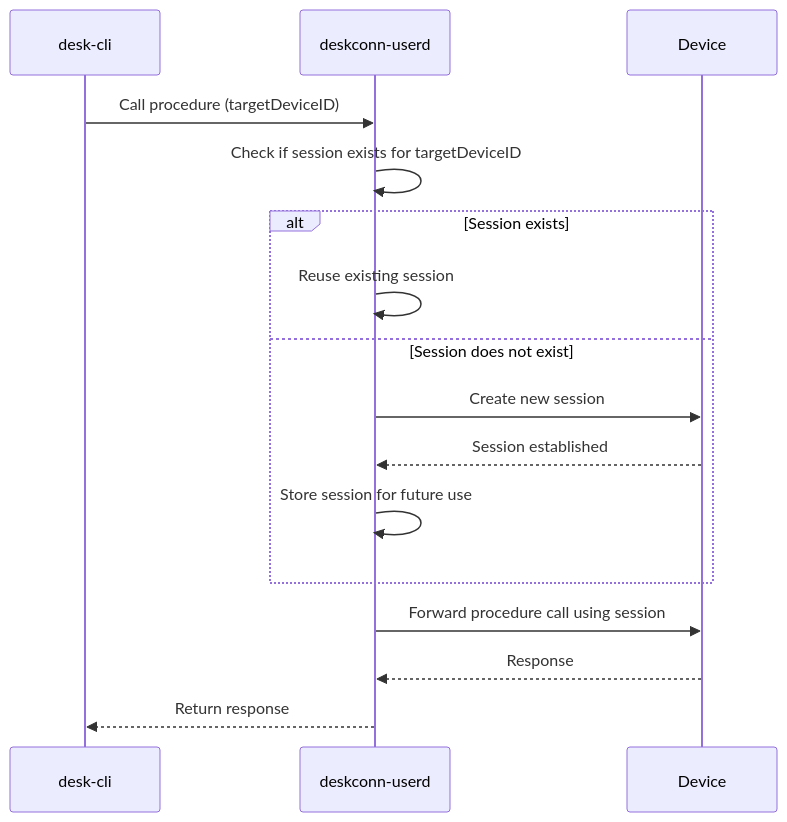
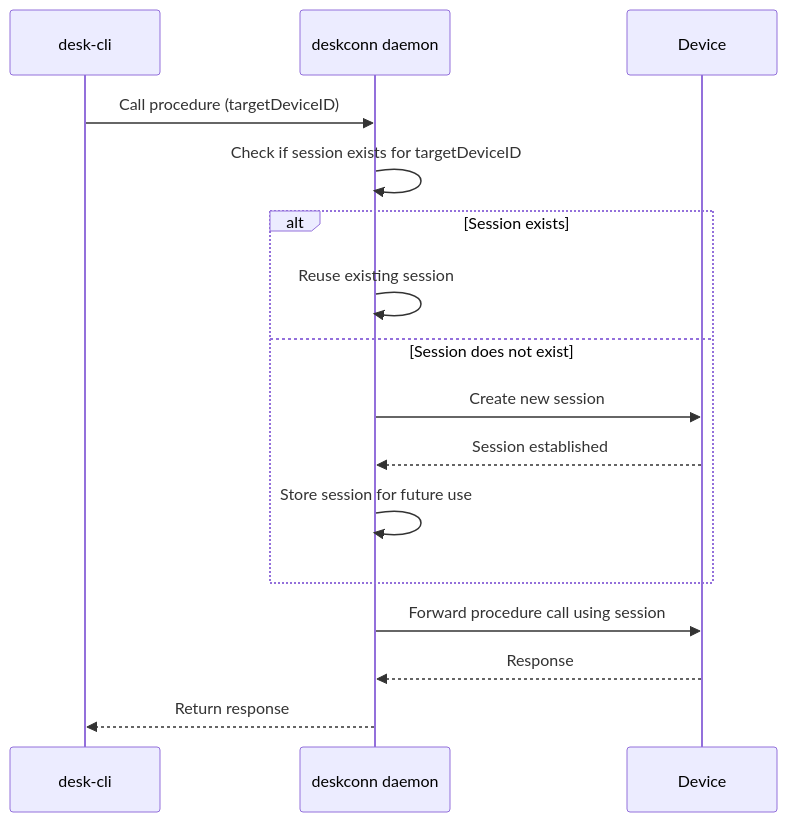
One commit to xconnio/deskconn changed the fourth of 5 diagrams in architecture/architecture.md. Above: the diagram before and after it, drawn with Mermaid. The commit also changed other lines of this file and 14 other files, not shown here.

Commit message:
rename deskconn-userd service to deskconn

````diff
--- a/architecture/architecture.md
+++ b/architecture/architecture.md
@@ -65,22 +65,22 @@
 ```mermaid
 sequenceDiagram
     participant C as desk-cli
-    participant D as deskconn-userd
+    participant D as deskconn daemon
     participant Dev as Device
 
     C->>D: Call procedure (targetDeviceID)
 
     D->>D: Check if session exists for targetDeviceID
 
     alt Session exists
         D->>D: Reuse existing session
     else Session does not exist
         D->>Dev: Create new session
         Dev-->>D: Session established
         D->>D: Store session for future use
     end
 
     D->>Dev: Forward procedure call using session
     Dev-->>D: Response
     D-->>C: Return response
 ```
````
